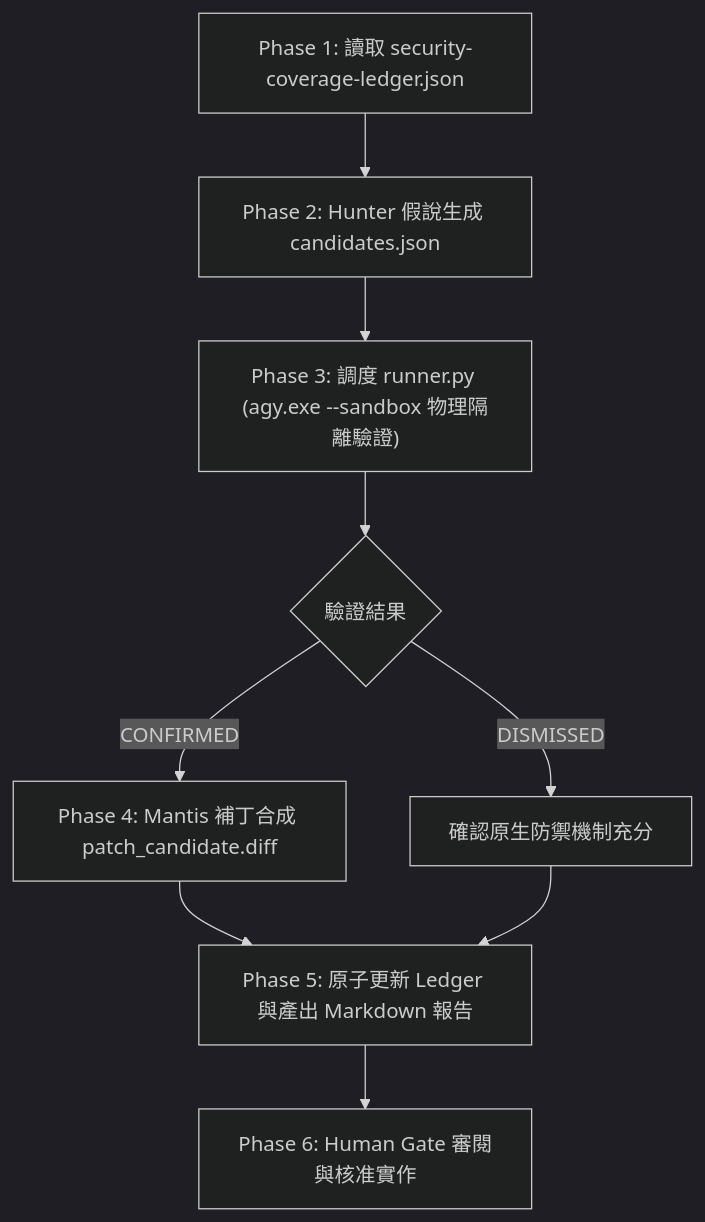
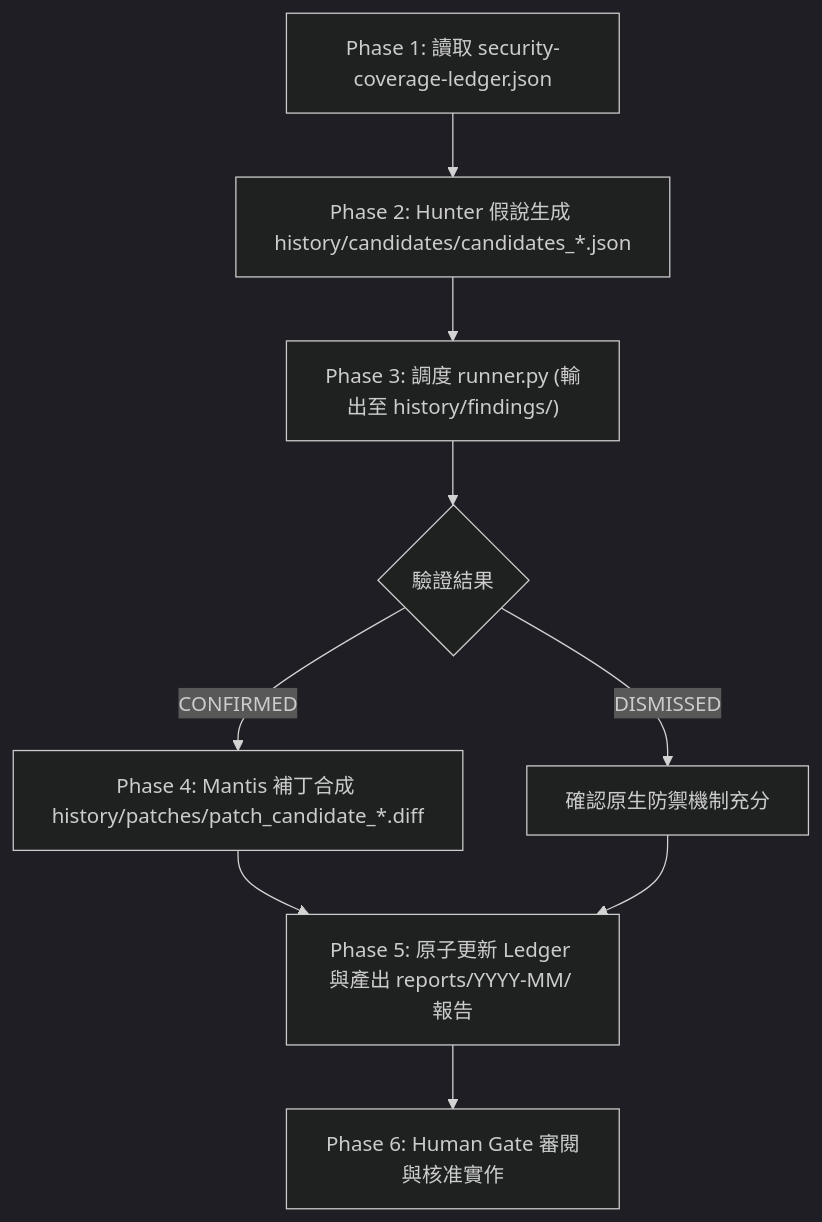
The diagram in docs/security/README.md (tyrantpiper/tabiji), drawn with Mermaid (dark theme) before and after one commit. The commit also changed other lines of this file and 223 other files, not shown here.

````diff
--- a/docs/security/README.md
+++ b/docs/security/README.md
@@ -47,11 +50,11 @@
 ```mermaid
 graph TD
-    A[Phase 1: 讀取 security-coverage-ledger.json] --> B[Phase 2: Hunter 假說生成 candidates.json]
-    B --> C["Phase 3: 調度 runner.py (agy.exe --sandbox 物理隔離驗證)"]
+    A[Phase 1: 讀取 security-coverage-ledger.json] --> B[Phase 2: Hunter 假說生成 history/candidates/candidates_*.json]
+    B --> C["Phase 3: 調度 runner.py (輸出至 history/findings/)"]
     C --> D{驗證結果}
-    D -- CONFIRMED --> E[Phase 4: Mantis 補丁合成 patch_candidate.diff]
+    D -- CONFIRMED --> E[Phase 4: Mantis 補丁合成 history/patches/patch_candidate_*.diff]
     D -- DISMISSED --> F[確認原生防禦機制充分]
-    E --> G[Phase 5: 原子更新 Ledger 與產出 Markdown 報告]
+    E --> G[Phase 5: 原子更新 Ledger 與產出 reports/YYYY-MM/ 報告]
     F --> G
     G --> H[Phase 6: Human Gate 審閱與核准實作]
 ```
````
